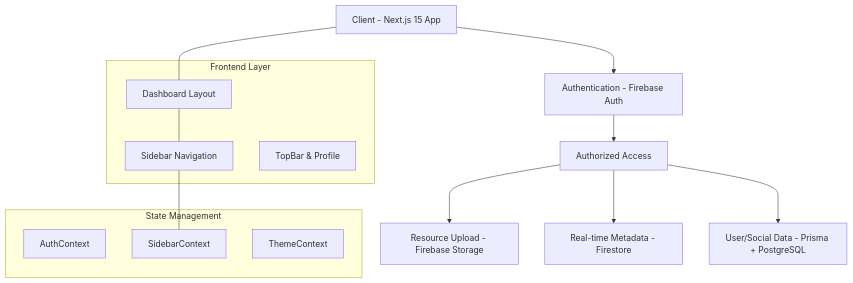
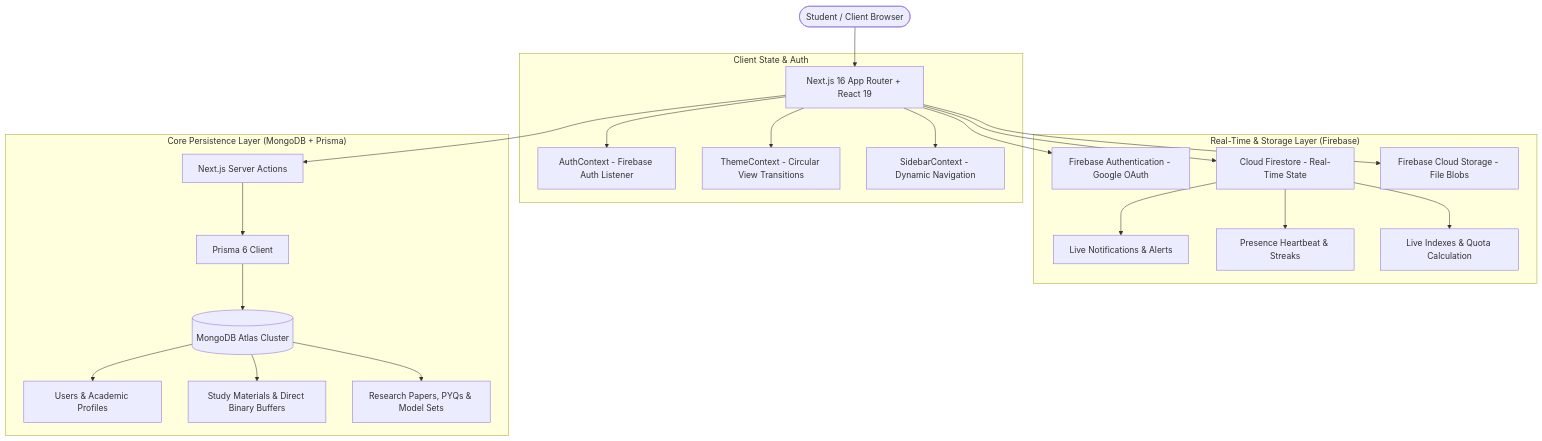
The first of 7 diagrams in studyhub/README.md (IKnowU27735300/StudyHuby), drawn with Mermaid before and after one commit. The commit also changed other lines of this file and 4 other files, not shown here.

````diff
--- a/studyhub/README.md
+++ b/studyhub/README.md
@@ -36,24 +38,28 @@
 ```mermaid
 graph TD
-    A[Client - Next.js 15 App] --> B[Authentication - Firebase Auth]
-    B --> C[Authorized Access]
-    C --> D[Resource Upload - Firebase Storage]
-    C --> E[Real-time Metadata - Firestore]
-    C --> F[User/Social Data - Prisma + PostgreSQL]
-    
-    subgraph "Frontend Layer"
-        G[Dashboard Layout]
-        H[Sidebar Navigation]
-        I[TopBar & Profile]
+    User([Student / Client Browser]) --> App[Next.js 16 App Router + React 19]
+
+    subgraph "Client State & Auth"
+        App --> AuthCtx[AuthContext - Firebase Auth Listener]
+        App --> ThemeCtx[ThemeContext - Circular View Transitions]
+        App --> SideCtx[SidebarContext - Dynamic Navigation]
     end
-    
-    subgraph "State Management"
-        J[AuthContext]
-        K[SidebarContext]
-        L[ThemeContext]
+
+    subgraph "Real-Time & Storage Layer (Firebase)"
+        App --> FBAuth[Firebase Authentication - Google OAuth]
+        App --> FStore[Cloud Firestore - Real-Time State]
+        App --> FBStore[Firebase Cloud Storage - File Blobs]
+        FStore --> Notifs[Live Notifications & Alerts]
+        FStore --> Presence[Presence Heartbeat & Streaks]
+        FStore --> Index[Live Indexes & Quota Calculation]
     end
-    
-    A --- G
-    G --- H
-    H --- K
+
+    subgraph "Core Persistence Layer (MongoDB + Prisma)"
+        App --> ServerActions[Next.js Server Actions]
+        ServerActions --> Prisma[Prisma 6 Client]
+        Prisma --> MongoDB[(MongoDB Atlas Cluster)]
+        MongoDB --> MongoUsers[Users & Academic Profiles]
+        MongoDB --> MongoMaterials[Study Materials & Direct Binary Buffers]
+        MongoDB --> MongoPapers[Research Papers, PYQs & Model Sets]
+    end
 ```
````
